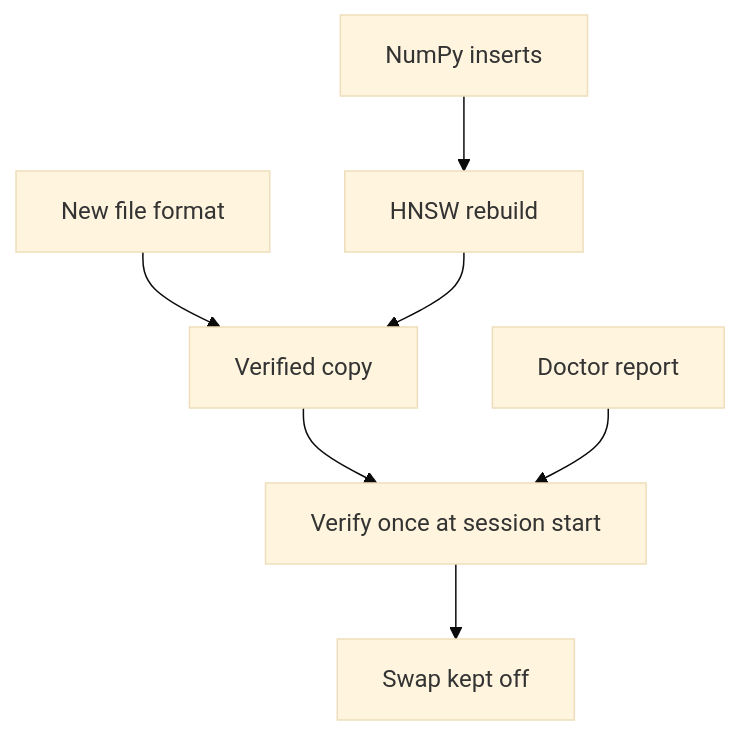
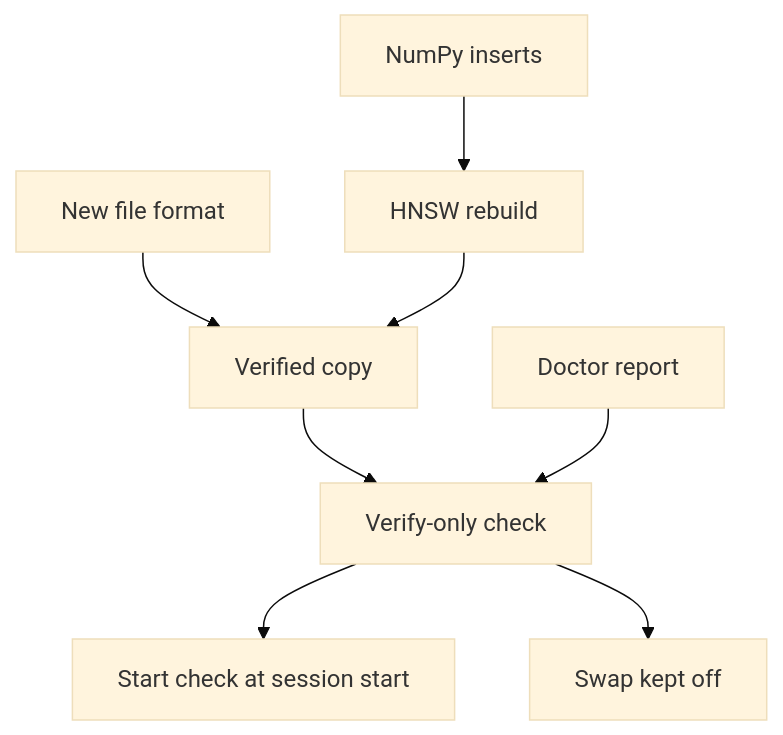
The diagram in memory-bank/active/milestones.md (Texarkanine/stockroom), drawn with Mermaid (base theme) before and after one commit. The commit also changed other lines of this file and 3 other files, not shown here.

````diff
--- a/memory-bank/active/milestones.md
+++ b/memory-bank/active/milestones.md
@@ -29,16 +30,18 @@
 ```mermaid
 flowchart TD
   format[New file format]
   numpy[NumPy inserts]
   doctor[Doctor report]
   hnsw[HNSW rebuild]
   builder[Verified copy]
-  verifyonly[Verify once at session start]
+  check[Verify-only check]
+  hook[Start check at session start]
   swap[Swap kept off]
   format --> builder
   numpy --> hnsw
   hnsw --> builder
-  builder --> verifyonly
-  doctor --> verifyonly
-  verifyonly --> swap
+  builder --> check
+  doctor --> check
+  check --> hook
+  check --> swap
 ```
````
